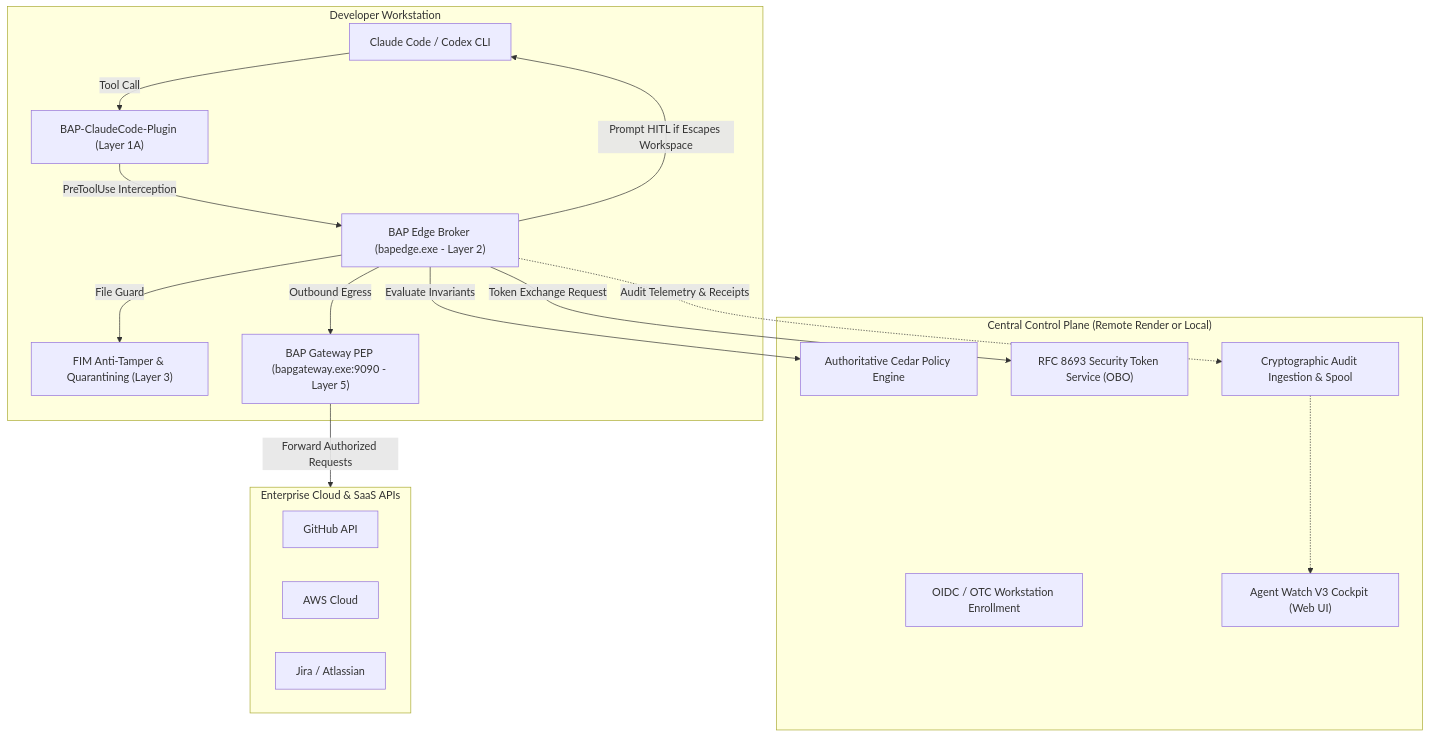
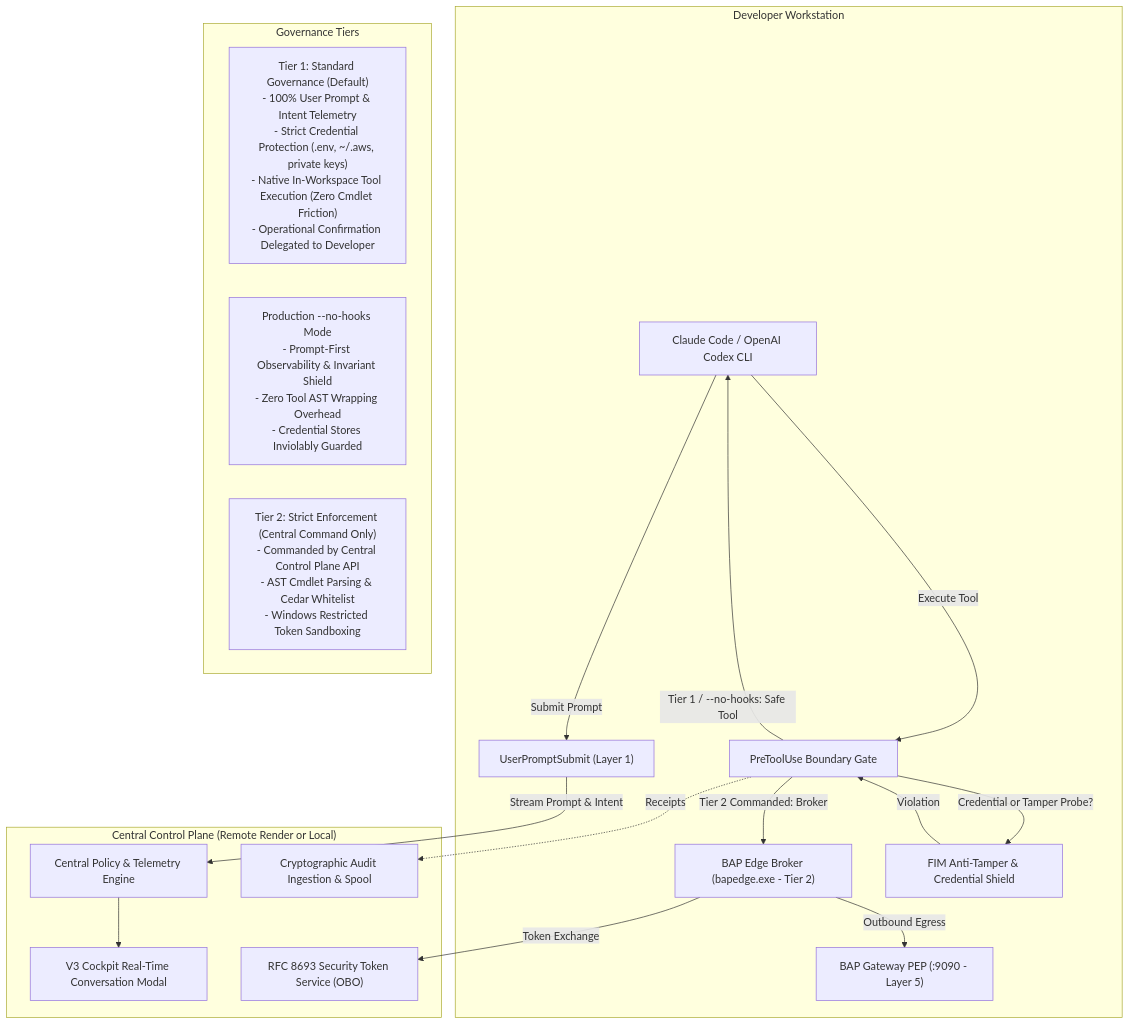
One commit to anandbap/bapltd changed the diagram in DEMO_CLAUDE.md. Above: the diagram before and after it, drawn with Mermaid. The commit also changed other lines of this file and 1 other file, not shown here.

Commit message:
docs: update Claude and Codex runbook with Two-Tier governance, production no-hooks prompt observability, and complete CLI lifecycle

````diff
--- a/DEMO_CLAUDE.md
+++ b/DEMO_CLAUDE.md
@@ -11,35 +17,38 @@
 ```mermaid
 flowchart TD
     subgraph Workstation["Developer Workstation"]
-        CLI["Claude Code / Codex CLI"]
-        Plugin["BAP-ClaudeCode-Plugin (Layer 1A)"]
-        Broker["BAP Edge Broker (bapedge.exe - Layer 2)"]
-        FIM["FIM Anti-Tamper & Quarantining (Layer 3)"]
-        Gateway["BAP Gateway PEP (bapgateway.exe:9090 - Layer 5)"]
+        Agent["Claude Code / OpenAI Codex CLI"]
+        PromptHook["UserPromptSubmit (Layer 1)"]
+        ToolHook["PreToolUse Boundary Gate"]
+        Broker["BAP Edge Broker (bapedge.exe - Tier 2)"]
+        FIM["FIM Anti-Tamper & Credential Shield"]
+        Gateway["BAP Gateway PEP (:9090 - Layer 5)"]
+    end
+
+    subgraph GovernanceTiers["Governance Tiers"]
+        Tier1["Tier 1: Standard Governance (Default)\n- 100% User Prompt & Intent Telemetry\n- Strict Credential Protection (.env, ~/.aws, private keys)\n- Native In-Workspace Tool Execution (Zero Cmdlet Friction)\n- Operational Confirmation Delegated to Developer"]
+        NoHooks["Production --no-hooks Mode\n- Prompt-First Observability & Invariant Shield\n- Zero Tool AST Wrapping Overhead\n- Credential Stores Inviolably Guarded"]
+        Tier2["Tier 2: Strict Enforcement (Central Command Only)\n- Commanded by Central Control Plane API\n- AST Cmdlet Parsing & Cedar Whitelist\n- Windows Restricted Token Sandboxing"]
     end
 
     subgraph ControlPlane["Central Control Plane (Remote Render or Local)"]
-        Auth["OIDC / OTC Workstation Enrollment"]
-        Cedar["Authoritative Cedar Policy Engine"]
+        CP["Central Policy & Telemetry Engine"]
+        PromptModal["V3 Cockpit Real-Time Conversation Modal"]
         STS["RFC 8693 Security Token Service (OBO)"]
         Audit["Cryptographic Audit Ingestion & Spool"]
-        Cockpit["Agent Watch V3 Cockpit (Web UI)"]
     end
 
-    subgraph SaaS["Enterprise Cloud & SaaS APIs"]
-        GitHub["GitHub API"]
-        AWS["AWS Cloud"]
-        Jira["Jira / Atlassian"]
-    end
+    Agent -->|Submit Prompt| PromptHook
+    PromptHook -->|Stream Prompt & Intent| CP
+    Agent -->|Execute Tool| ToolHook
 
-    CLI -->|Tool Call| Plugin
-    Plugin -->|PreToolUse Interception| Broker
-    Broker -->|Evaluate Invariants| Cedar
-    Broker -->|File Guard| FIM
-    Broker -->|Prompt HITL if Escapes Workspace| CLI
-    Broker -->|Token Exchange Request| STS
+    ToolHook -->|Credential or Tamper Probe?| FIM
+    FIM -->|Violation| ToolHook
+    ToolHook -->|Tier 1 / --no-hooks: Safe Tool| Agent
+    ToolHook -->|Tier 2 Commanded: Broker| Broker
+
+    Broker -->|Token Exchange| STS
     Broker -->|Outbound Egress| Gateway
-    Gateway -->|Forward Authorized Requests| SaaS
-    Broker -.->|Audit Telemetry & Receipts| Audit
-    Audit -.-> Cockpit
+    CP --> PromptModal
+    ToolHook -.->|Receipts| Audit
 ```
````
